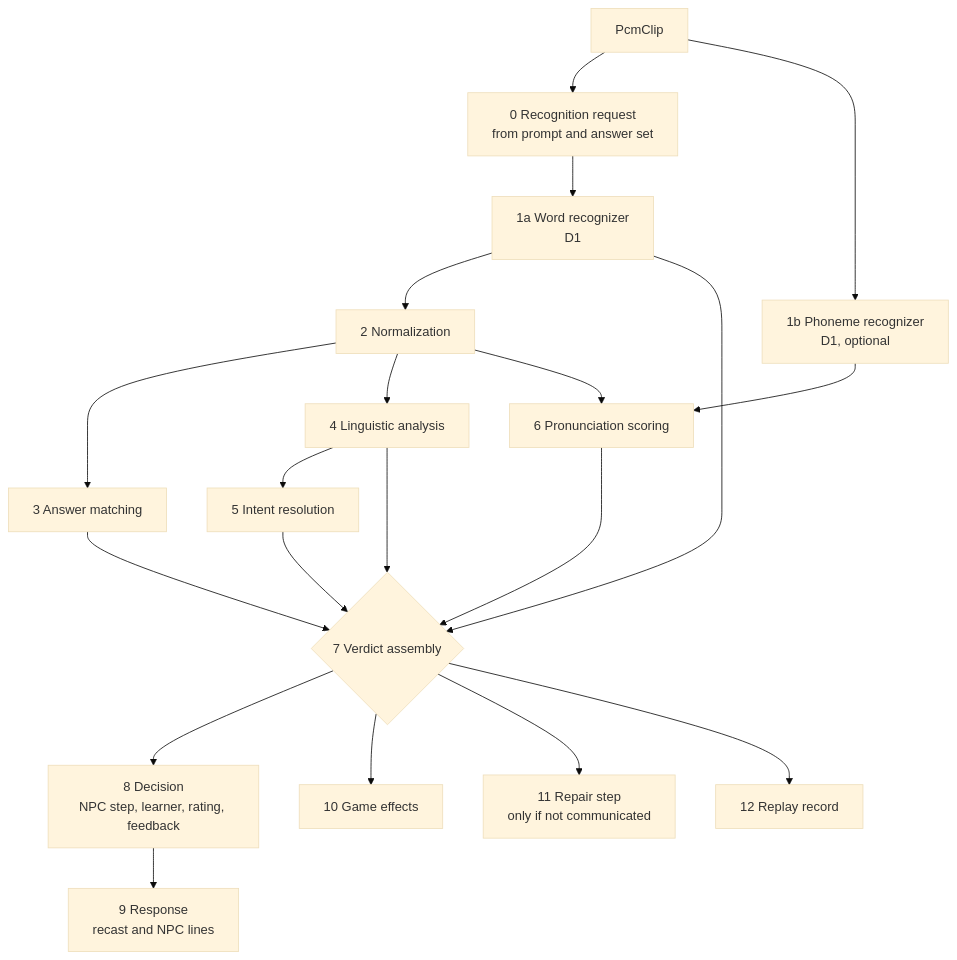
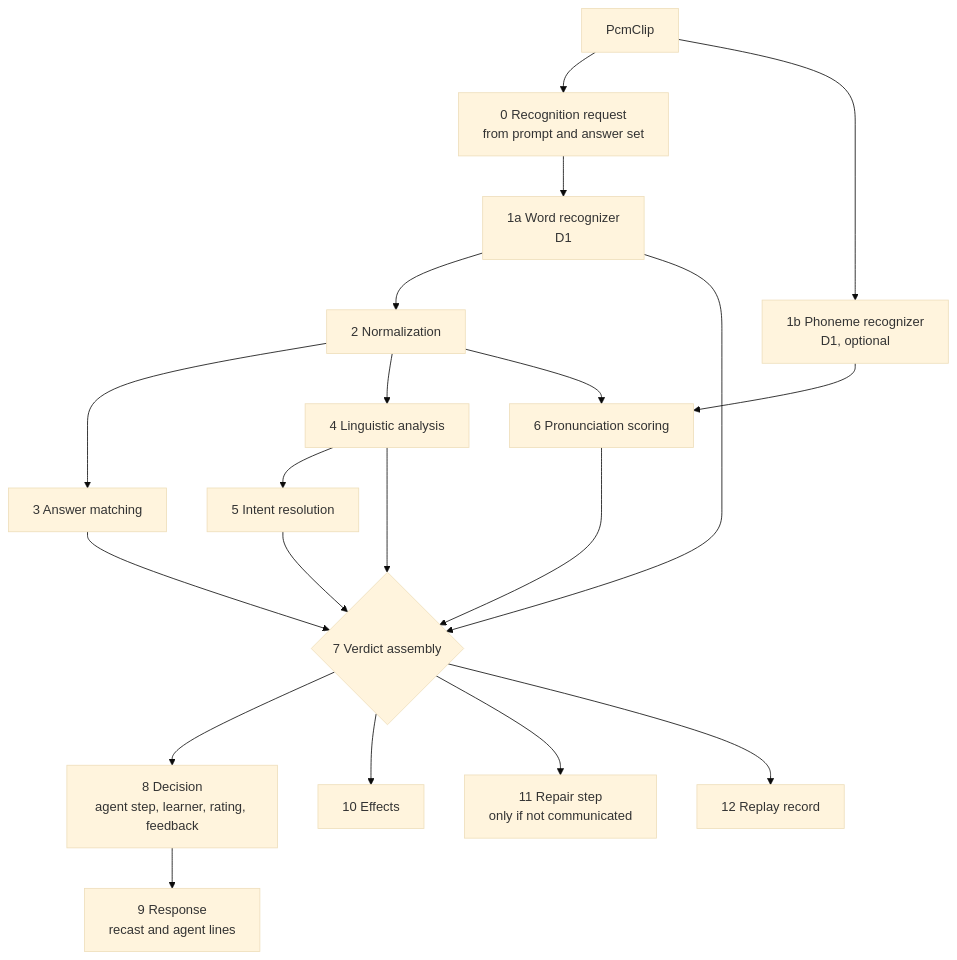
The diagram in nlp/docs/PIPELINE.md (james-d12/Vocaterra), drawn with Mermaid (base theme) before and after one commit. The commit also changed other lines of this file and 82 other files, not shown here.

````diff
--- a/nlp/docs/PIPELINE.md
+++ b/nlp/docs/PIPELINE.md
@@ -40,22 +40,22 @@
 ```mermaid
 flowchart TD
     CLIP[PcmClip] --> REQ[0 Recognition request<br/>from prompt and answer set]
     REQ --> ASR[1a Word recognizer<br/>D1]
     CLIP --> PHO[1b Phoneme recognizer<br/>D1, optional]
     ASR --> NORM[2 Normalization]
     NORM --> MATCH[3 Answer matching]
     NORM --> ANA[4 Linguistic analysis]
     ANA --> INT[5 Intent resolution]
     PHO --> PRON[6 Pronunciation scoring]
     NORM --> PRON
     MATCH --> VER{7 Verdict assembly}
     ANA --> VER
     INT --> VER
     PRON --> VER
     ASR --> VER
-    VER --> DEC[8 Decision<br/>NPC step, learner, rating, feedback]
-    DEC --> RESP[9 Response<br/>recast and NPC lines]
-    VER --> EFF[10 Game effects]
+    VER --> DEC[8 Decision<br/>agent step, learner, rating, feedback]
+    DEC --> RESP[9 Response<br/>recast and agent lines]
+    VER --> EFF[10 Effects]
     VER --> REP[11 Repair step<br/>only if not communicated]
     VER --> REC[12 Replay record]
 ```
````
